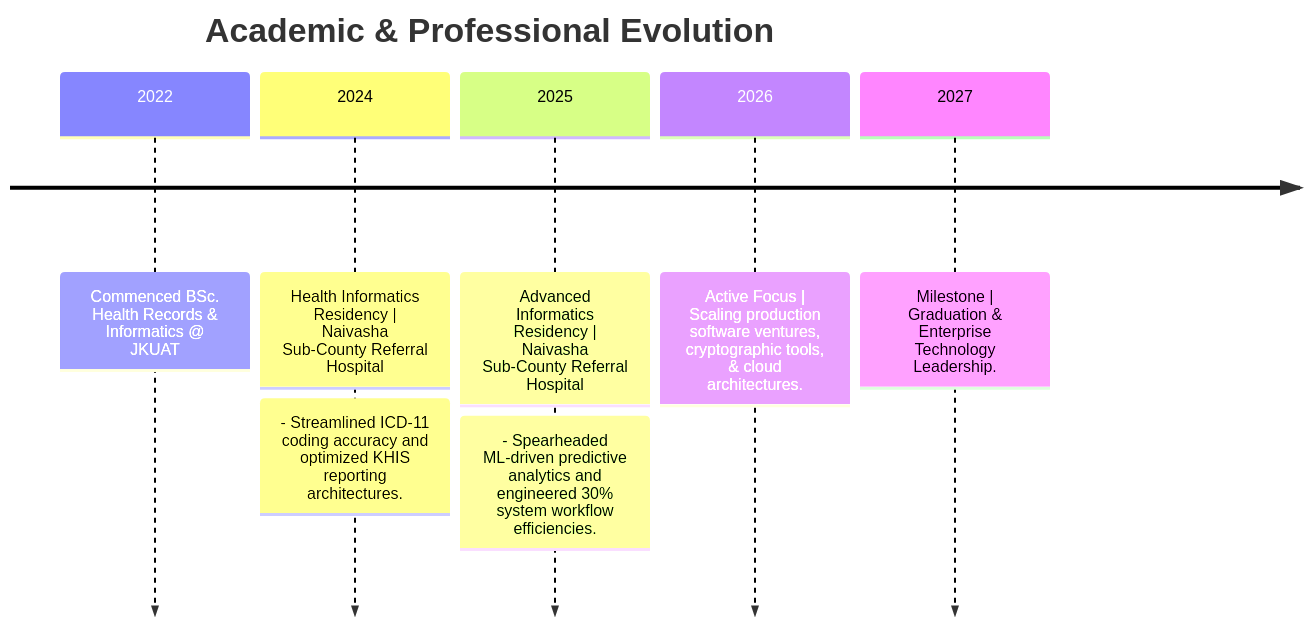
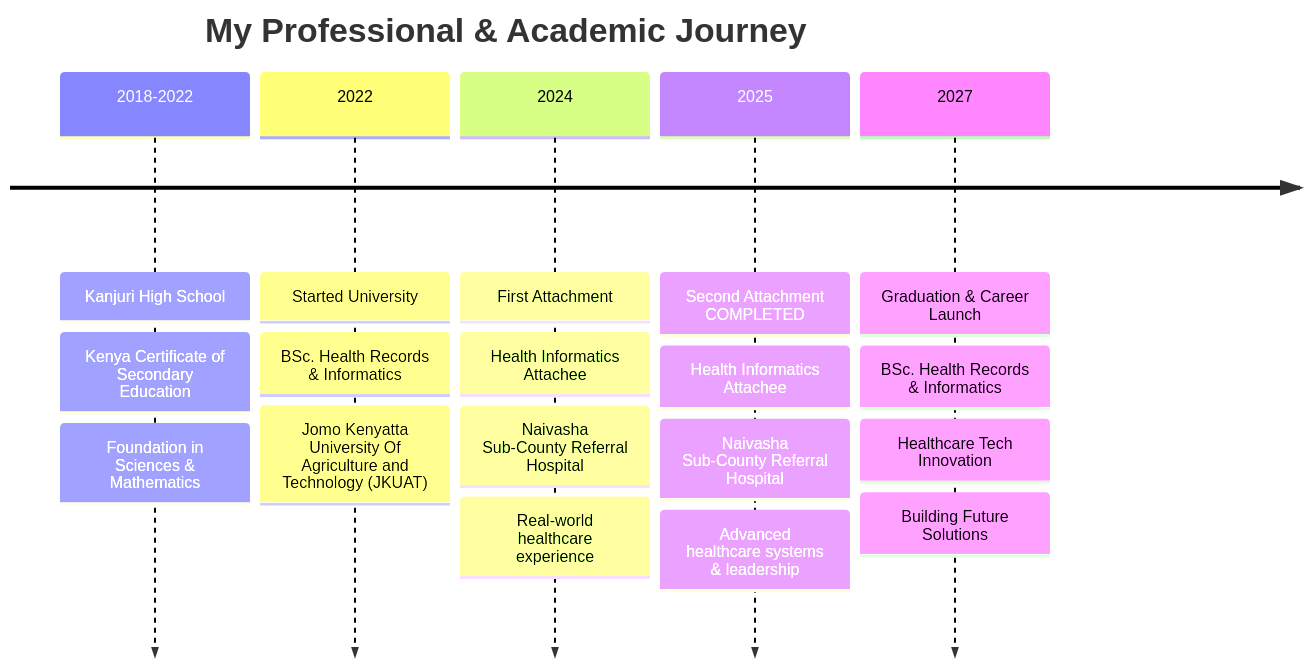
The first of 2 diagrams in README.md (Sammy2266/Sammy2266), drawn with Mermaid before and after one commit. The commit also changed other lines of this file, not shown here.

````diff
--- a/README.md
+++ b/README.md
@@ -29,12 +30,27 @@
 ```mermaid
 timeline
-    title Academic & Professional Evolution
-    2022 : Commenced BSc. Health Records & Informatics @ JKUAT
-    2024 : Health Informatics Residency | Naivasha Sub-County Referral Hospital
-         : - Streamlined ICD-11 coding accuracy and optimized KHIS reporting architectures.
-    2025 : Advanced Informatics Residency | Naivasha Sub-County Referral Hospital
-         : - Spearheaded ML-driven predictive analytics and engineered 30% system workflow efficiencies.
-    2026 : Active Focus | Scaling production software ventures, cryptographic tools, & cloud architectures.
-    2027 : Milestone | Graduation & Enterprise Technology Leadership.
+    title My Professional & Academic Journey
 
+    2018-2022 : Kanjuri High School
+              : Kenya Certificate of Secondary Education
+              : Foundation in Sciences & Mathematics
+
+    2022      : Started University
+              : BSc. Health Records & Informatics
+              : Jomo Kenyatta University Of Agriculture and Technology (JKUAT)
+
+    2024      : First Attachment
+              : Health Informatics Attachee
+              : Naivasha Sub-County Referral Hospital
+              : Real-world healthcare experience
+
+    2025      : Second Attachment  COMPLETED
+              : Health Informatics Attachee
+              : Naivasha Sub-County Referral Hospital
+              : Advanced healthcare systems & leadership
+
+    2027      : Graduation & Career Launch
+              : BSc. Health Records & Informatics
+              : Healthcare Tech Innovation
+              : Building Future Solutions
 ```
````
